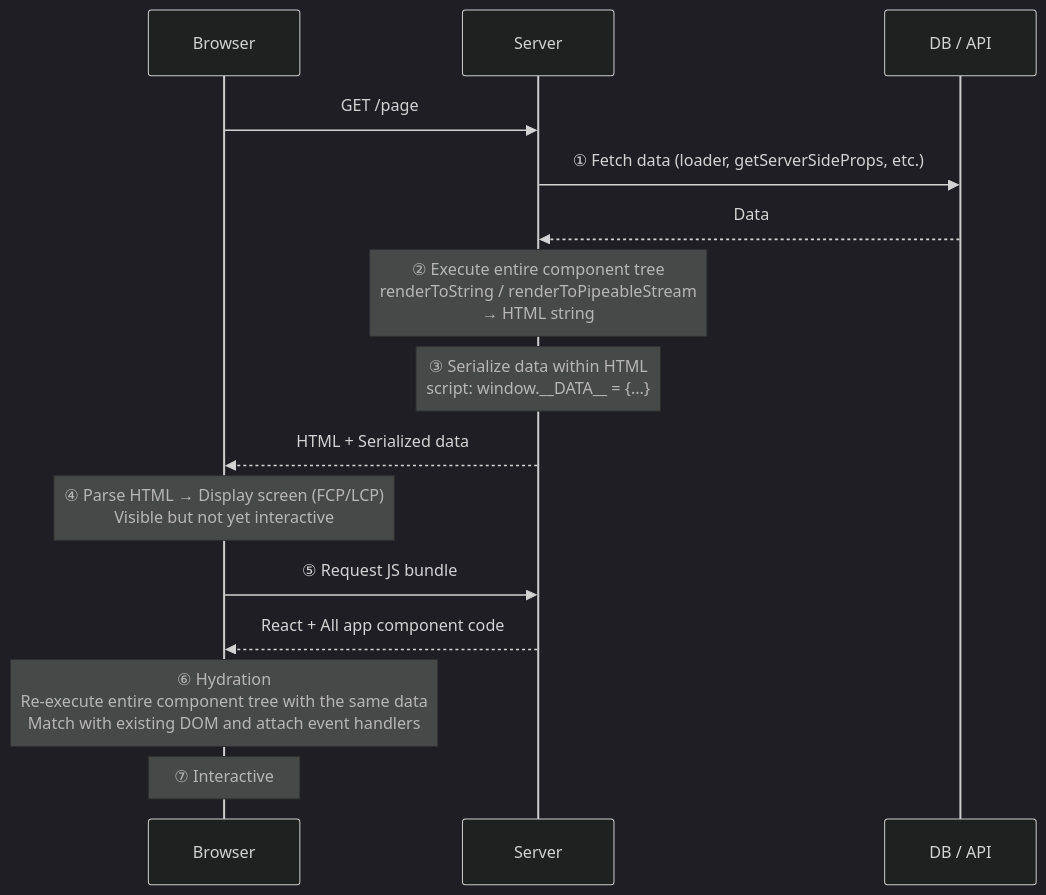
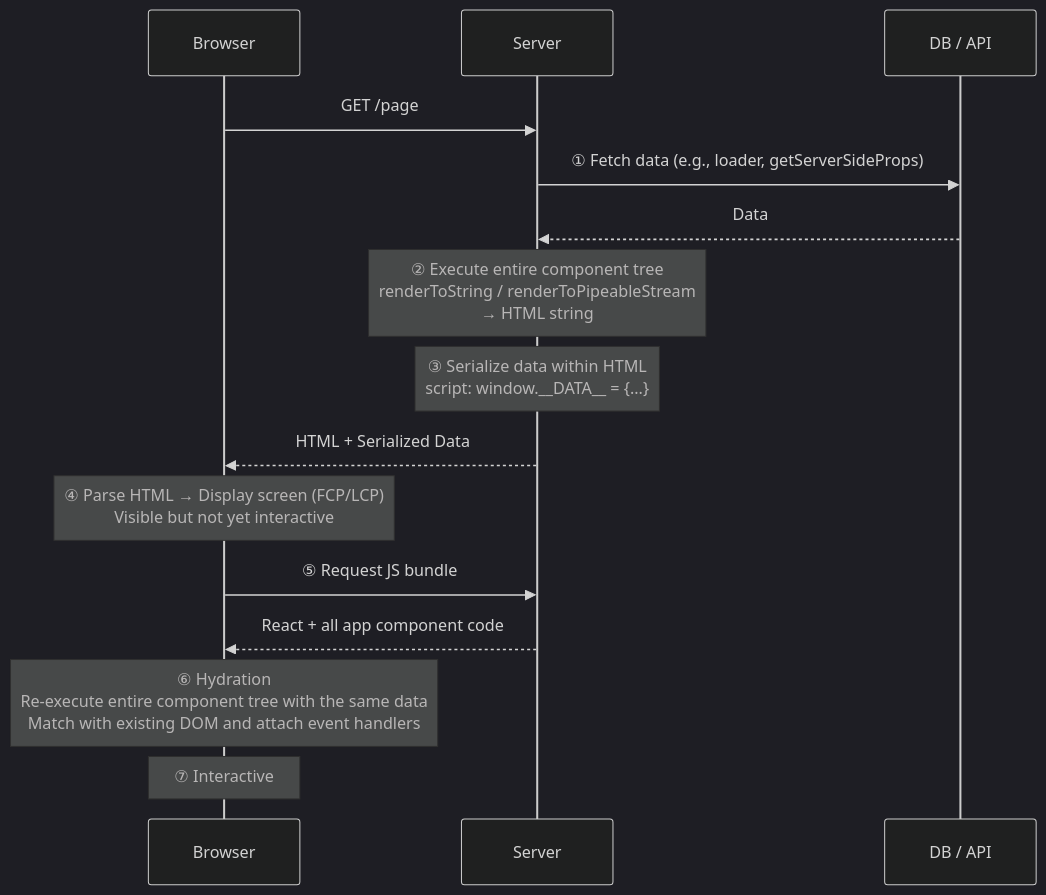
The first of 3 diagrams in content/posts/en/3dbf43437bda803cb611d315ae79cdb3.mdx (realstone2/jindol-blog), drawn with Mermaid (dark theme) before and after one commit. The commit also changed other lines of this file and 2 other files, not shown here.

````diff
--- a/content/posts/en/3dbf43437bda803cb611d315ae79cdb3.mdx
+++ b/content/posts/en/3dbf43437bda803cb611d315ae79cdb3.mdx
@@ -25,18 +34,18 @@
 ```mermaid
 sequenceDiagram
   participant B as Browser
   participant S as Server
   participant API as DB / API
 
   B->>S: GET /page
-  S->>API: ① Fetch data (loader, getServerSideProps, etc.)
+  S->>API: ① Fetch data (e.g., loader, getServerSideProps)
   API-->>S: Data
   Note over S: ② Execute entire component tree<br/>renderToString / renderToPipeableStream<br/>→ HTML string
   Note over S: ③ Serialize data within HTML<br/>script: window.__DATA__ = {...}
-  S-->>B: HTML + Serialized data
+  S-->>B: HTML + Serialized Data
   Note over B: ④ Parse HTML → Display screen (FCP/LCP)<br/>Visible but not yet interactive
   B->>S: ⑤ Request JS bundle
-  S-->>B: React + All app component code
+  S-->>B: React + all app component code
   Note over B: ⑥ Hydration<br/>Re-execute entire component tree with the same data<br/>Match with existing DOM and attach event handlers
   Note over B: ⑦ Interactive
 ```
````
